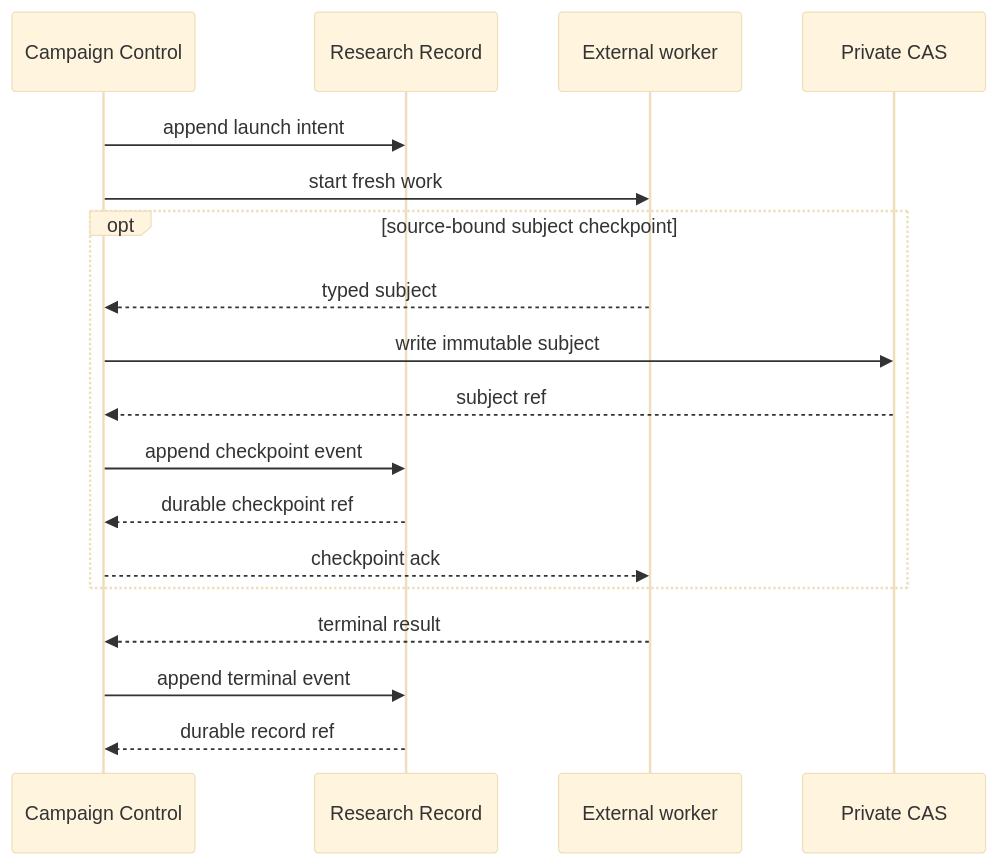
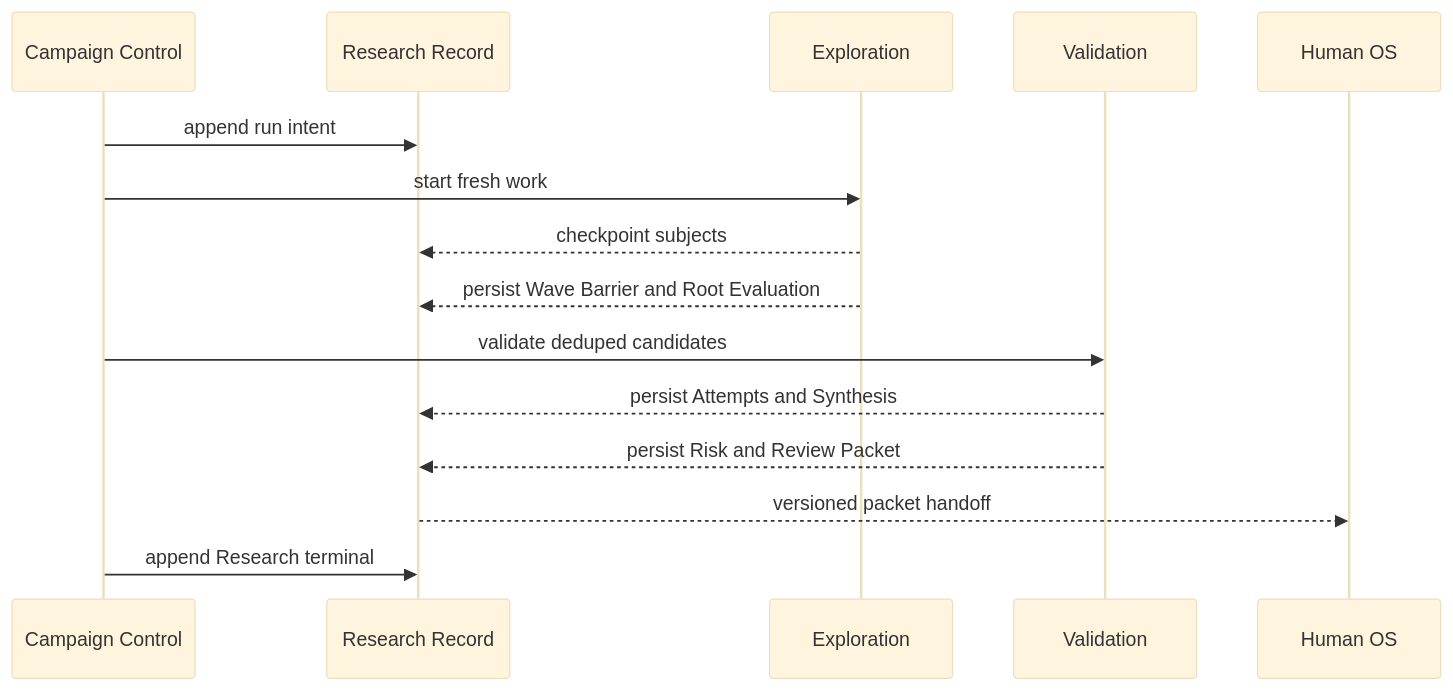
One commit to momoponwork1415-lgtm/wordpress-harness changed the second of 2 diagrams in docs/design/campaign-execution-seam.md. Above: the diagram before and after it, drawn with Mermaid (base theme). The commit also changed other lines of this file and 25 other files, not shown here.

Commit message:
Define source validation and human verification

````diff
--- a/docs/design/campaign-execution-seam.md
+++ b/docs/design/campaign-execution-seam.md
@@ -132,21 +103,18 @@
 ```mermaid
 sequenceDiagram
     participant CC as Campaign Control
     participant RR as Research Record
-    participant EX as External worker
-    participant CAS as Private CAS
+    participant EX as Exploration
+    participant VA as Validation
+    participant HO as Human OS
 
-    CC->>RR: append launch intent
+    CC->>RR: append run intent
     CC->>EX: start fresh work
-    opt source-bound subject checkpoint
-        EX-->>CC: typed subject
-        CC->>CAS: write immutable subject
-        CAS-->>CC: subject ref
-        CC->>RR: append checkpoint event
-        RR-->>CC: durable checkpoint ref
-        CC-->>EX: checkpoint ack
-    end
-    EX-->>CC: terminal result
-    CC->>RR: append terminal event
-    RR-->>CC: durable record ref
+    EX-->>RR: checkpoint subjects
+    EX-->>RR: persist Wave Barrier and Root Evaluation
+    CC->>VA: validate deduped candidates
+    VA-->>RR: persist Attempts and Synthesis
+    VA-->>RR: persist Risk and Review Packet
+    RR-->>HO: versioned packet handoff
+    CC->>RR: append Research terminal
 ```
````
